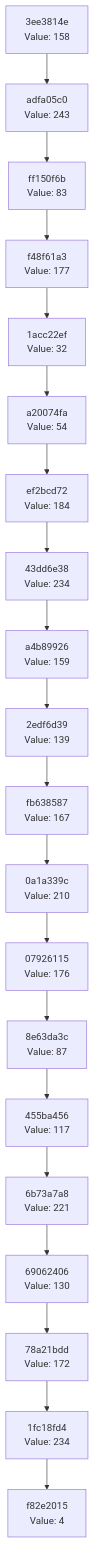
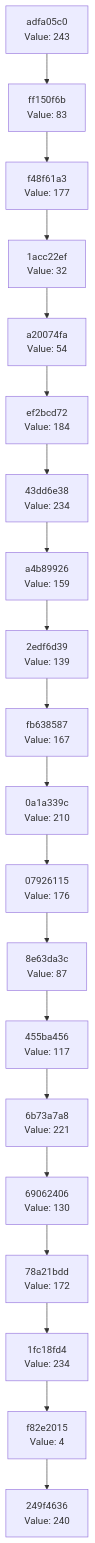
Before and after one commit to Abhisheksinha1506/hash-chain-evolver: the diagram in docs/CHAIN_VISUALIZATION.md, drawn with Mermaid. The commit also changed 3 other files, not shown here.

````diff
--- a/docs/CHAIN_VISUALIZATION.md
+++ b/docs/CHAIN_VISUALIZATION.md
@@ -3,42 +3,42 @@
 ```mermaid
 graph TD
-    C0["f82e2015<br/>Value: 4"]
-    C1["1fc18fd4<br/>Value: 234"]
+    C0["249f4636<br/>Value: 240"]
+    C1["f82e2015<br/>Value: 4"]
     C1 --> C0
-    C2["78a21bdd<br/>Value: 172"]
+    C2["1fc18fd4<br/>Value: 234"]
     C2 --> C1
-    C3["69062406<br/>Value: 130"]
+    C3["78a21bdd<br/>Value: 172"]
     C3 --> C2
-    C4["6b73a7a8<br/>Value: 221"]
+    C4["69062406<br/>Value: 130"]
     C4 --> C3
-    C5["455ba456<br/>Value: 117"]
+    C5["6b73a7a8<br/>Value: 221"]
     C5 --> C4
-    C6["8e63da3c<br/>Value: 87"]
+    C6["455ba456<br/>Value: 117"]
     C6 --> C5
-    C7["07926115<br/>Value: 176"]
+    C7["8e63da3c<br/>Value: 87"]
     C7 --> C6
-    C8["0a1a339c<br/>Value: 210"]
+    C8["07926115<br/>Value: 176"]
     C8 --> C7
-    C9["fb638587<br/>Value: 167"]
+    C9["0a1a339c<br/>Value: 210"]
     C9 --> C8
-    C10["2edf6d39<br/>Value: 139"]
+    C10["fb638587<br/>Value: 167"]
     C10 --> C9
-    C11["a4b89926<br/>Value: 159"]
+    C11["2edf6d39<br/>Value: 139"]
     C11 --> C10
-    C12["43dd6e38<br/>Value: 234"]
+    C12["a4b89926<br/>Value: 159"]
     C12 --> C11
-    C13["ef2bcd72<br/>Value: 184"]
+    C13["43dd6e38<br/>Value: 234"]
     C13 --> C12
-    C14["a20074fa<br/>Value: 54"]
+    C14["ef2bcd72<br/>Value: 184"]
     C14 --> C13
-    C15["1acc22ef<br/>Value: 32"]
+    C15["a20074fa<br/>Value: 54"]
     C15 --> C14
-    C16["f48f61a3<br/>Value: 177"]
+    C16["1acc22ef<br/>Value: 32"]
     C16 --> C15
-    C17["ff150f6b<br/>Value: 83"]
+    C17["f48f61a3<br/>Value: 177"]
     C17 --> C16
-    C18["adfa05c0<br/>Value: 243"]
+    C18["ff150f6b<br/>Value: 83"]
     C18 --> C17
-    C19["3ee3814e<br/>Value: 158"]
+    C19["adfa05c0<br/>Value: 243"]
     C19 --> C18
 ```
````
